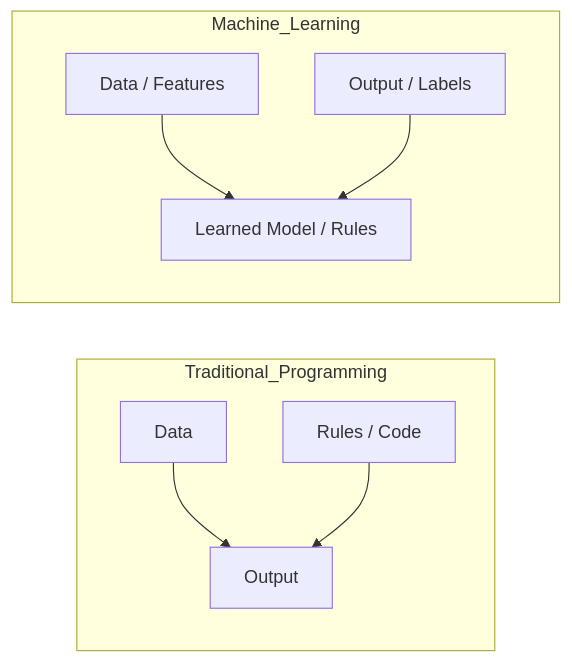
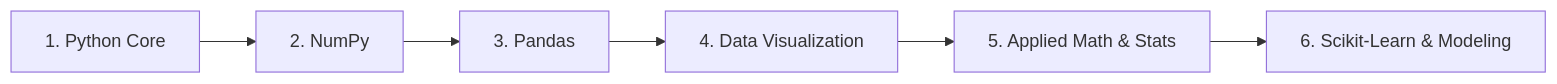
The first of 9 diagrams in INTERVIEW_GUIDE.md (irohitgangwar/house-price-prediction), drawn with Mermaid before and after one commit. The commit also changed other lines of this file, not shown here.

Commit message:
Expand Interview Guide with Prerequisites Roadmap, Deep ML Mechanics, HLD/LLD & 60+ Q&A Bank

````diff
--- a/INTERVIEW_GUIDE.md
+++ b/INTERVIEW_GUIDE.md
@@ -26,9 +26,8 @@
 ```mermaid
 flowchart LR
-    subgraph Traditional_Programming
-        A1[Data] & B1[Rules / Code] --> C1[Output]
-    end
-    subgraph Machine_Learning
-        A2[Data / Features] & B2[Output / Labels] --> C2[Learned Model / Rules]
-    end
+    P[1. Python Core] --> N[2. NumPy]
+    N --> D[3. Pandas]
+    D --> V[4. Data Visualization]
+    V --> M[5. Applied Math & Stats]
+    M --> S[6. Scikit-Learn & Modeling]
 ```
````
